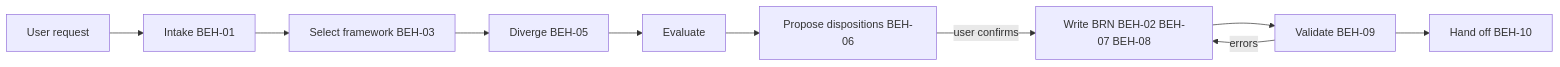
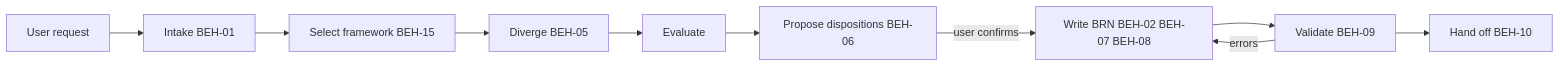
Before and after one commit to bankielewicz/DevForgeAI: the diagram in docs/specs/spec/SPEC-001.md, drawn with Mermaid. The commit also changed other lines of this file and 1 other file, not shown here.

````diff
--- a/docs/specs/spec/SPEC-001.md
+++ b/docs/specs/spec/SPEC-001.md
@@ -111,12 +150,12 @@
 ```mermaid
 flowchart LR
     U[User request] --> I[Intake BEH-01]
-    I --> F[Select framework BEH-03]
+    I --> F[Select framework BEH-15]
     F --> D[Diverge BEH-05]
     D --> E[Evaluate]
     E --> C[Propose dispositions BEH-06]
     C -->|user confirms| W[Write BRN BEH-02 BEH-07 BEH-08]
     W --> V[Validate BEH-09]
     V -->|errors| W
     V --> H[Hand off BEH-10]
 ```
````
